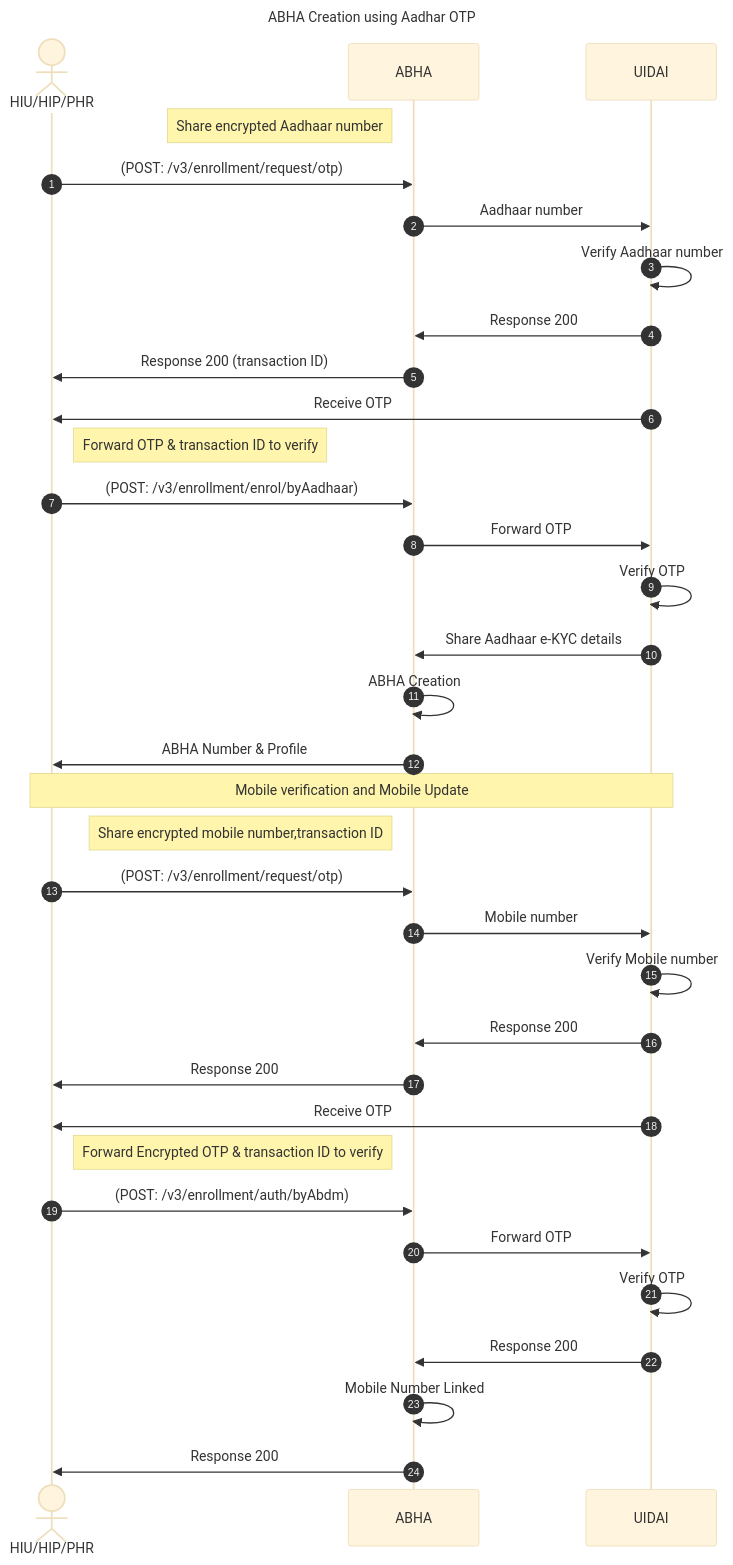
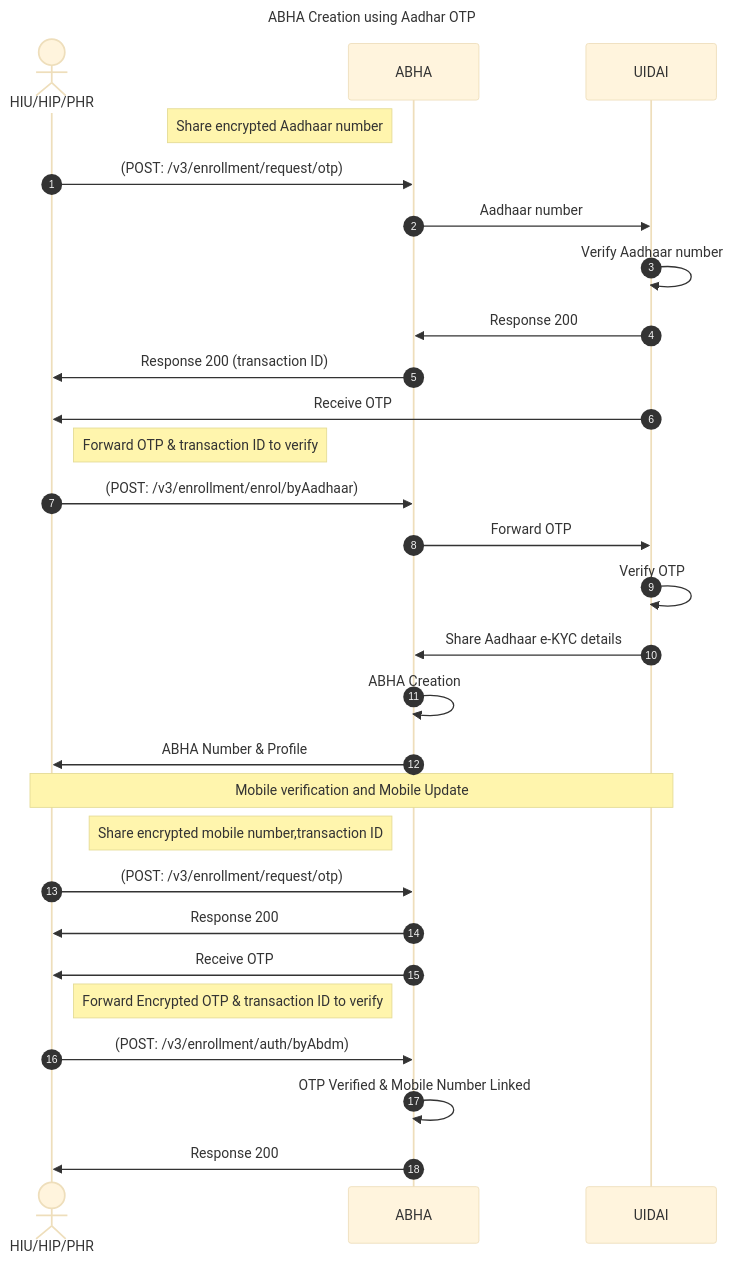
Before and after one commit to kiranma72/abdm-docs: the diagram in content/2-milestone1/abha-number/aadhar-otp.md, drawn with Mermaid (base theme). The commit also changed other lines of this file and 1 other file, not shown here.

Commit message:
modified badges

```diff
--- a/content/2-milestone1/abha-number/aadhar-otp.md
+++ b/content/2-milestone1/abha-number/aadhar-otp.md
@@ -55,35 +59,29 @@
 {{< mermaid >}}
 %%{init:{"fontSize": "1.0rem", "sequence":{"showSequenceNumbers":true}}}%%
 sequenceDiagram
 title ABHA Creation using Aadhar OTP
 actor HIU/HIP/PHR
 Note left of ABHA: Share encrypted Aadhaar number
 HIU/HIP/PHR->>ABHA: (POST: /v3/enrollment/request/otp)
 ABHA->>UIDAI: Aadhaar number
 UIDAI->>UIDAI:Verify Aadhaar number
 UIDAI->>ABHA: Response 200
 ABHA->>HIU/HIP/PHR: Response 200 (transaction ID)
 UIDAI->>HIU/HIP/PHR:Receive OTP
 Note right of HIU/HIP/PHR: Forward OTP & transaction ID to verify
 HIU/HIP/PHR->>ABHA: (POST: /v3/enrollment/enrol/byAadhaar)
 ABHA->>UIDAI: Forward OTP
 UIDAI->>UIDAI: Verify OTP
 UIDAI->>ABHA: Share Aadhaar e-KYC details
 ABHA->>ABHA: ABHA Creation
 ABHA->>HIU/HIP/PHR: ABHA Number & Profile
 Note over HIU/HIP/PHR,UIDAI: Mobile verification and Mobile Update
 Note left of ABHA: Share encrypted mobile number,transaction ID
 HIU/HIP/PHR->>ABHA: (POST: /v3/enrollment/request/otp)
-ABHA->>UIDAI: Mobile number
-UIDAI->>UIDAI:Verify Mobile number
-UIDAI->>ABHA: Response 200
 ABHA->>HIU/HIP/PHR: Response 200 
-UIDAI->>HIU/HIP/PHR:Receive OTP
+ABHA->>HIU/HIP/PHR:Receive OTP
 Note right of HIU/HIP/PHR: Forward Encrypted OTP & transaction ID to verify
 HIU/HIP/PHR->>ABHA: (POST: /v3/enrollment/auth/byAbdm)
-ABHA->>UIDAI: Forward OTP
-UIDAI->>UIDAI: Verify OTP
-UIDAI->>ABHA: Response 200
-ABHA->>ABHA: Mobile Number Linked
+ABHA->>ABHA: OTP Verified & Mobile Number Linked
 ABHA->>HIU/HIP/PHR: Response 200
 {{< /mermaid >}}
```
